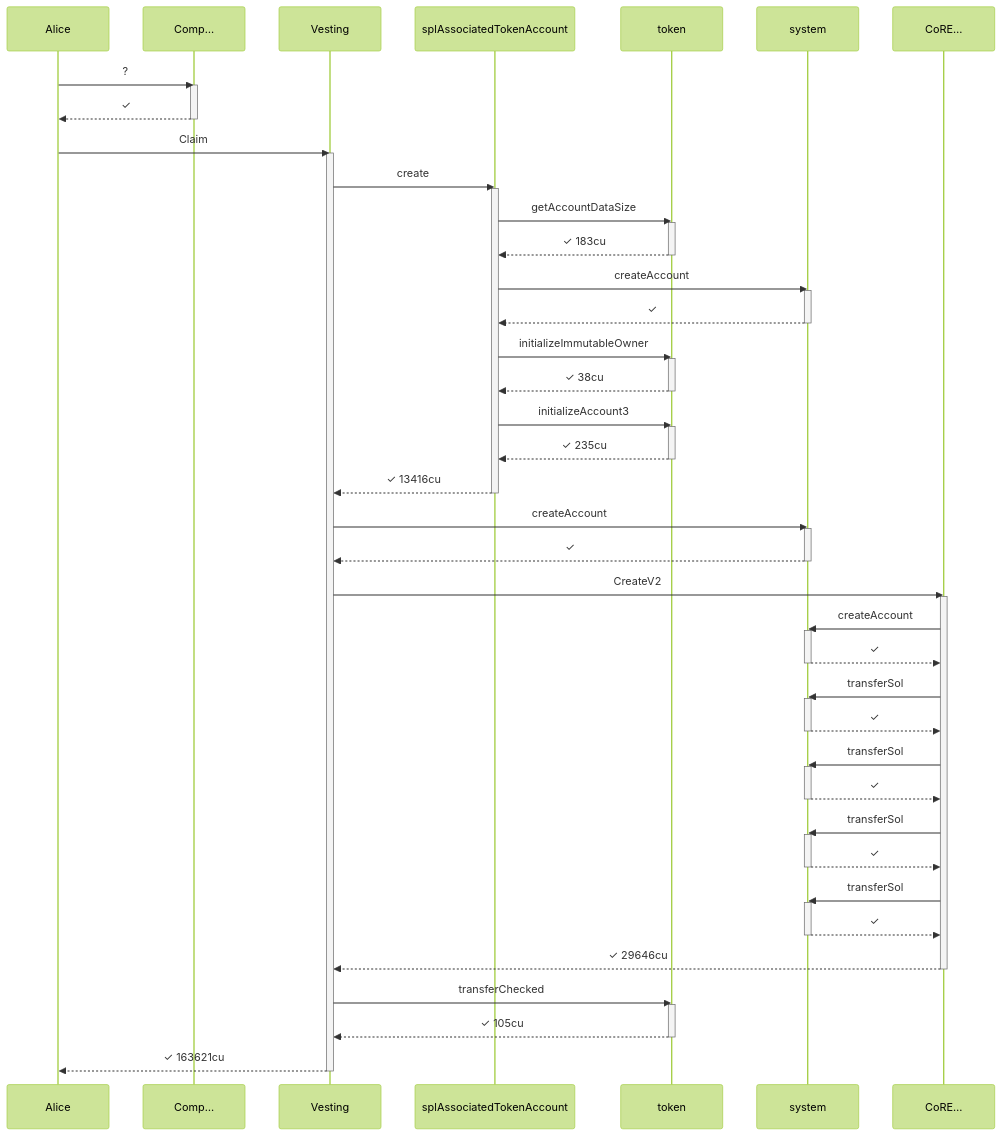
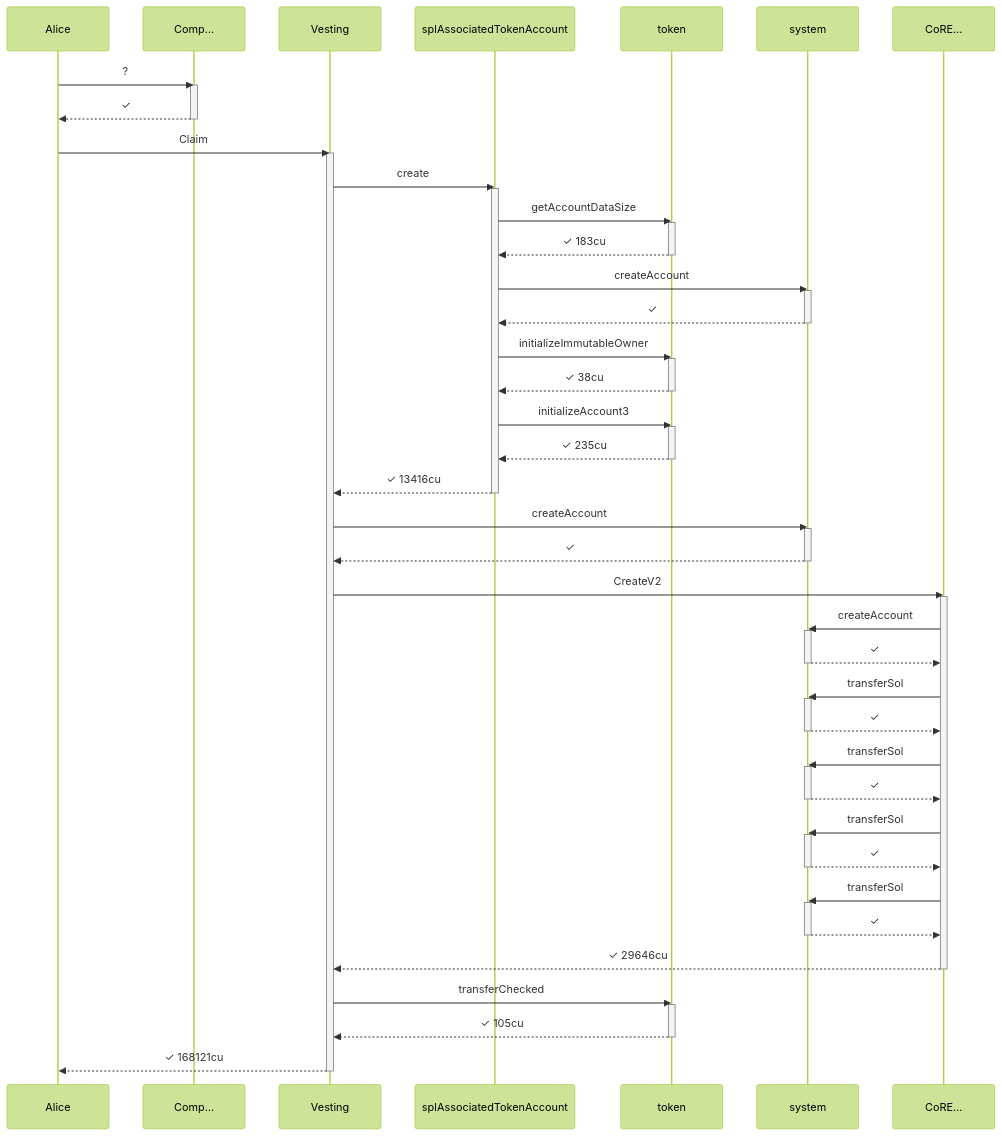
The fourth of 12 diagrams in babelfish-tests/test-report/vested_tokens_are_forfeited_past_the_grace_window.md (cds-turbin3/vesting-position), drawn with Mermaid (forest theme) before and after one commit. The commit also changed other lines of this file and 106 other files, not shown here.

````diff
--- a/babelfish-tests/test-report/vested_tokens_are_forfeited_past_the_grace_window.md
+++ b/babelfish-tests/test-report/vested_tokens_are_forfeited_past_the_grace_window.md
@@ -215,70 +221,70 @@
 ```mermaid
 sequenceDiagram
     participant p0 as Alice
     participant p1 as Comp…
     participant p2 as Vesting
     participant p3 as splAssociatedTokenAccount
     participant p4 as token
     participant p5 as system
     participant p6 as CoRE…
     p0->>p1: ?
     activate p1
     p1-->>p0: ✓
     deactivate p1
     p0->>p2: Claim
     activate p2
     p2->>p3: create
     activate p3
     p3->>p4: getAccountDataSize
     activate p4
     p4-->>p3: ✓ 183cu
     deactivate p4
     p3->>p5: createAccount
     activate p5
     p5-->>p3: ✓
     deactivate p5
     p3->>p4: initializeImmutableOwner
     activate p4
     p4-->>p3: ✓ 38cu
     deactivate p4
     p3->>p4: initializeAccount3
     activate p4
     p4-->>p3: ✓ 235cu
     deactivate p4
     p3-->>p2: ✓ 13416cu
     deactivate p3
     p2->>p5: createAccount
     activate p5
     p5-->>p2: ✓
     deactivate p5
     p2->>p6: CreateV2
     activate p6
     p6->>p5: createAccount
     activate p5
     p5-->>p6: ✓
     deactivate p5
     p6->>p5: transferSol
     activate p5
     p5-->>p6: ✓
     deactivate p5
     p6->>p5: transferSol
     activate p5
     p5-->>p6: ✓
     deactivate p5
     p6->>p5: transferSol
     activate p5
     p5-->>p6: ✓
     deactivate p5
     p6->>p5: transferSol
     activate p5
     p5-->>p6: ✓
     deactivate p5
     p6-->>p2: ✓ 29646cu
     deactivate p6
     p2->>p4: transferChecked
     activate p4
     p4-->>p2: ✓ 105cu
     deactivate p4
-    p2-->>p0: ✓ 163621cu
+    p2-->>p0: ✓ 168121cu
     deactivate p2
 ```
````
